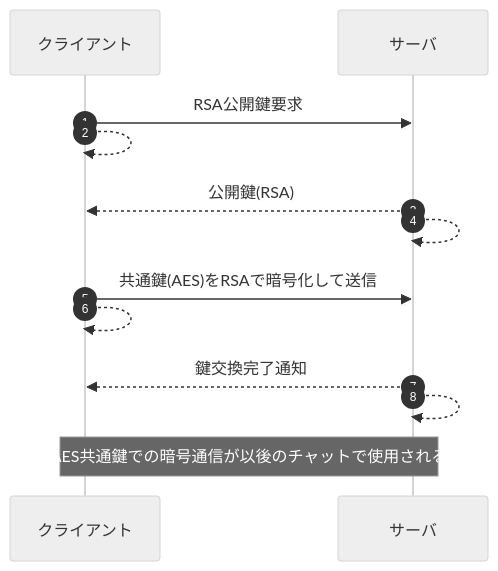
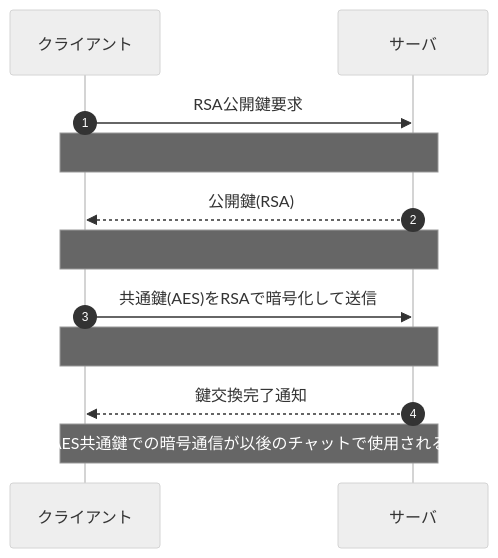
Before and after one commit to BackendExplorer/Online-Chat-Service: the first of 6 diagrams in README.md, drawn with Mermaid (neutral theme).

````diff
--- a/README.md
+++ b/README.md
@@ -1,32 +1,23 @@
 ```mermaid
 sequenceDiagram
     autonumber
     participant Client as クライアント
     participant Server as サーバ
 
-    %% Step 1
     Client ->> Server: RSA公開鍵要求
 
-    %% spacing
-    Client -->> Client: 
+    Note over Client,Server: 　
 
-    %% Step 2
     Server -->> Client: 公開鍵(RSA)
 
-    %% spacing
-    Server -->> Server:
+    Note over Client,Server: 　
 
-    %% Step 3
     Client ->> Server: 共通鍵(AES)をRSAで暗号化して送信
 
-    %% spacing
-    Client -->> Client:
+    Note over Client,Server: 　
 
-    %% Step 4
     Server -->> Client: 鍵交換完了通知
 
-    %% spacing
-    Server -->> Server:
+    Note over Client,Server: AES共通鍵での暗号通信が以後のチャットで使用される
 
-    Note over Client,Server: AES共通鍵での暗号通信が以後のチャットで使用される
 ```
````
